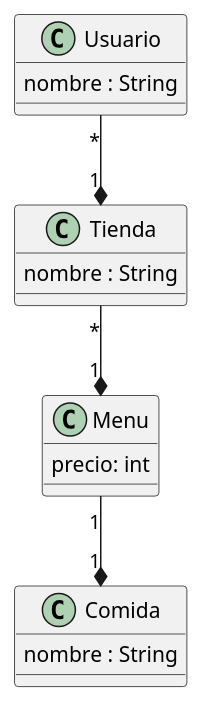
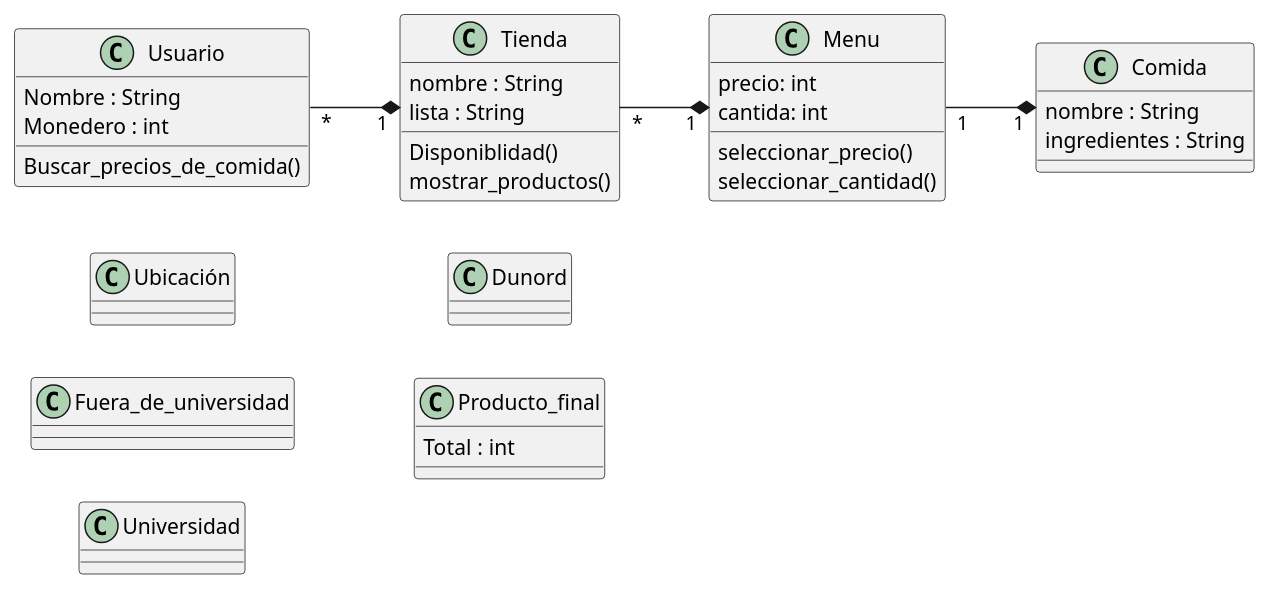
One commit to Lacuellar/Ufind- changed the diagram in uml_Ufind.puml. Above: the diagram before and after it, drawn with PlantUML.

```diff
--- a/uml_Ufind.puml
+++ b/uml_Ufind.puml
@@ -1,23 +1,54 @@
 @startuml
+left to right direction
 class Usuario {
-  nombre : String
+  Nombre : String
+  Monedero : int
+  Buscar_precios_de_comida()
 }
 
 class Comida {
    nombre : String
+   ingredientes : String
+
 }
 
+Class Ubicación {
+
+}
+
+class Fuera_de_universidad{
+
+
+}
+
+Class Universidad{
+
+}
+
+Class Dunord{
+
+}
 class Tienda {
    nombre : String
+   lista : String
+   Disponiblidad()
+   mostrar_productos()
 }
 
 class Menu {
+   
    precio: int
+   cantida: int
+   seleccionar_precio()
+   seleccionar_cantidad()
 }
 
+Class Producto_final{
+   Total : int
+}
 
 Usuario "*" --*  "1" Tienda
 Tienda "*" --*  "1" Menu
 Menu "1" --* "1" Comida
 
 @enduml
```
